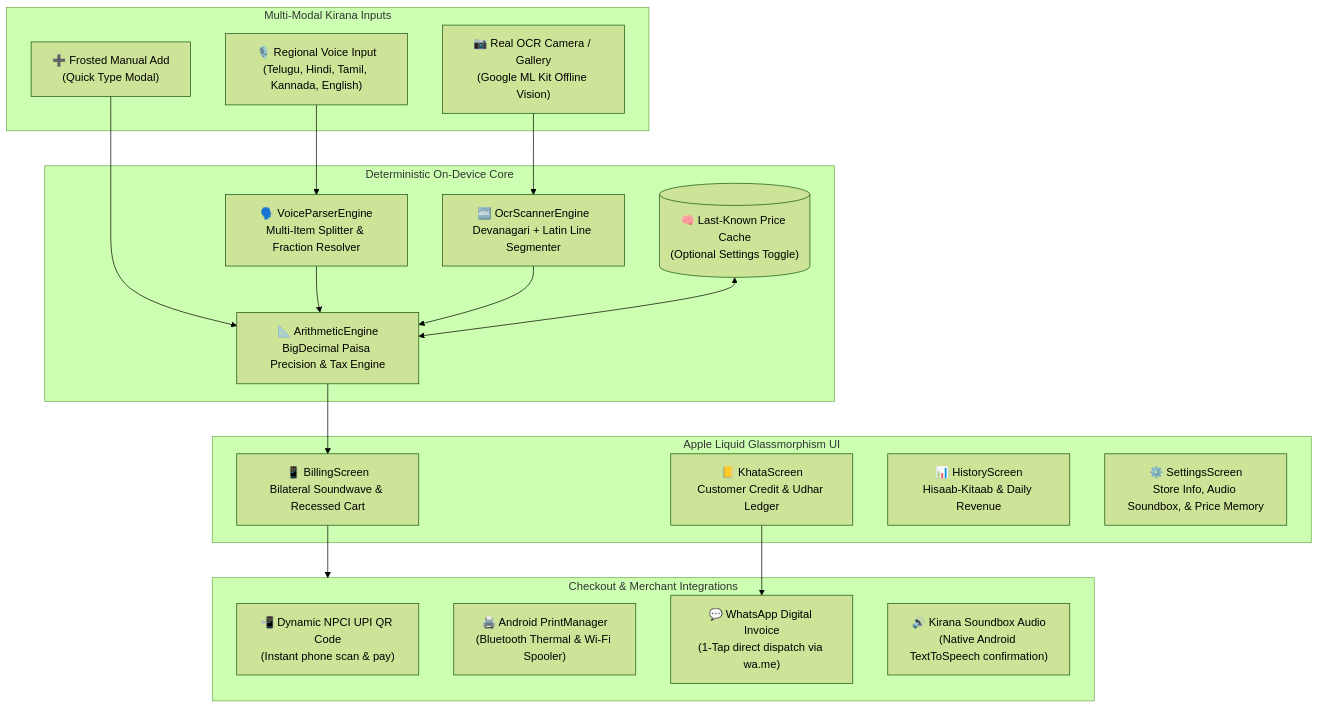
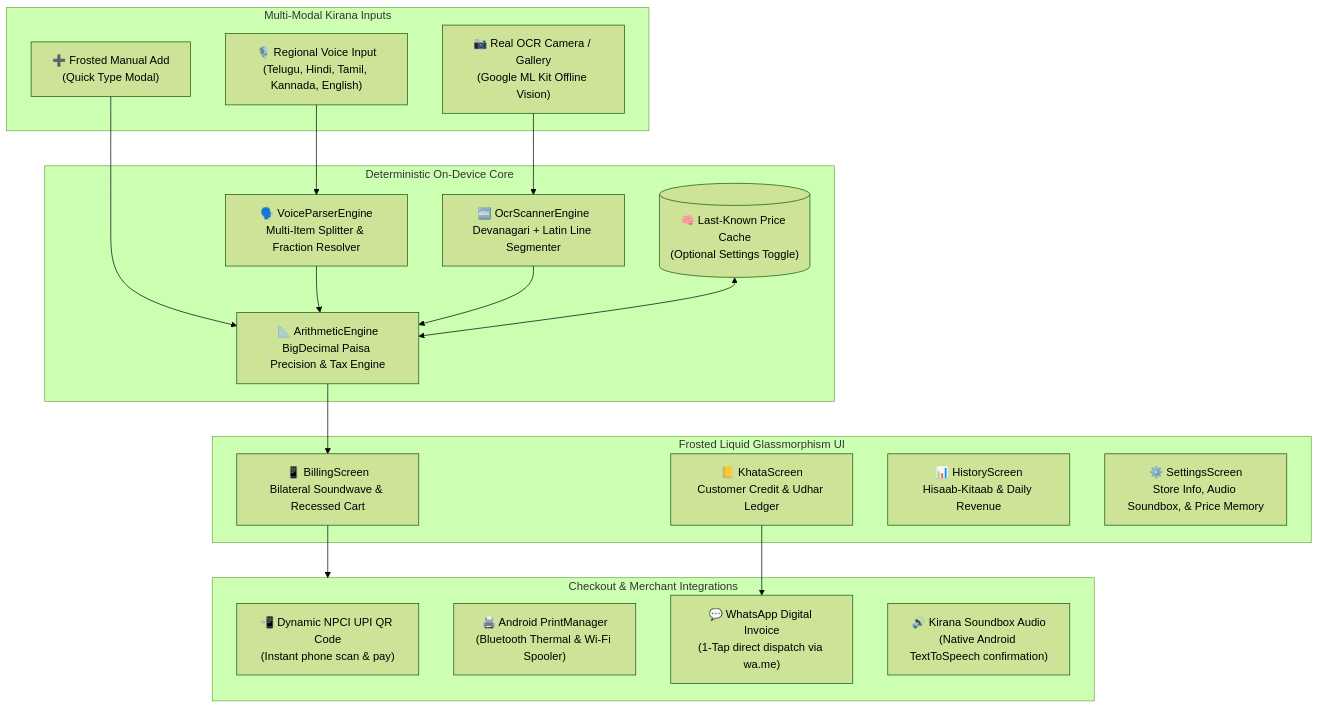
The diagram in README.md (vitesh9876/VoiceBill-AI), drawn with Mermaid (forest theme) before and after one commit. The commit also changed other lines of this file and 3 other files, not shown here.

````diff
--- a/README.md
+++ b/README.md
@@ -66,39 +66,39 @@
 ```mermaid
 flowchart TD
     subgraph Inputs["Multi-Modal Kirana Inputs"]
         A1["🎙️ Regional Voice Input<br/>(Telugu, Hindi, Tamil, Kannada, English)"]
         A2["📷 Real OCR Camera / Gallery<br/>(Google ML Kit Offline Vision)"]
         A3["➕ Frosted Manual Add<br/>(Quick Type Modal)"]
     end
 
     subgraph Processing["Deterministic On-Device Core"]
         B1["🗣️ VoiceParserEngine<br/>Multi-Item Splitter & Fraction Resolver"]
         B2["🔤 OcrScannerEngine<br/>Devanagari + Latin Line Segmenter"]
         B3["📐 ArithmeticEngine<br/>BigDecimal Paisa Precision & Tax Engine"]
         B4[("🧠 Last-Known Price Cache<br/>(Optional Settings Toggle)")]
     end
 
-    subgraph Presentation["Apple Liquid Glassmorphism UI"]
+    subgraph Presentation["Frosted Liquid Glassmorphism UI"]
         C1["📱 BillingScreen<br/>Bilateral Soundwave & Recessed Cart"]
         C2["📒 KhataScreen<br/>Customer Credit & Udhar Ledger"]
         C3["📊 HistoryScreen<br/>Hisaab-Kitaab & Daily Revenue"]
         C4["⚙️ SettingsScreen<br/>Store Info, Audio Soundbox, & Price Memory"]
     end
 
     subgraph Output["Checkout & Merchant Integrations"]
         D1["📲 Dynamic NPCI UPI QR Code<br/>(Instant phone scan & pay)"]
         D2["🖨️ Android PrintManager<br/>(Bluetooth Thermal & Wi-Fi Spooler)"]
         D3["💬 WhatsApp Digital Invoice<br/>(1-Tap direct dispatch via wa.me)"]
         D4["🔊 Kirana Soundbox Audio<br/>(Native Android TextToSpeech confirmation)"]
     end
 
     A1 --> B1
     A2 --> B2
     A3 --> B3
     B1 --> B3
     B2 --> B3
     B4 <--> B3
     B3 --> C1
     C1 --> Output
     C2 --> D3
 ```
````
